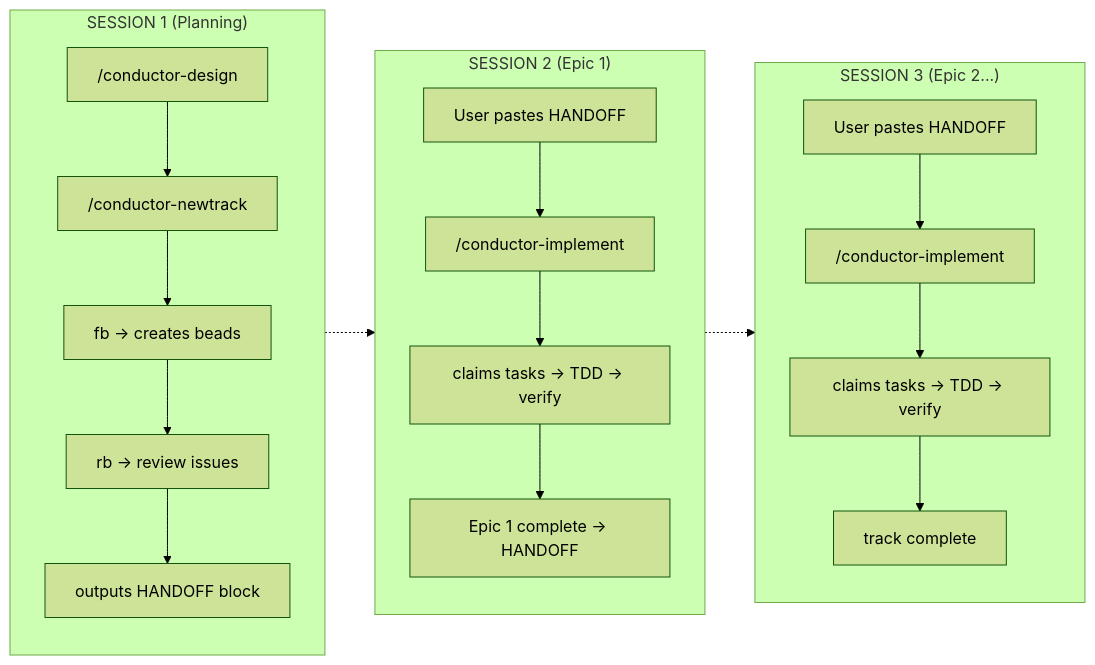
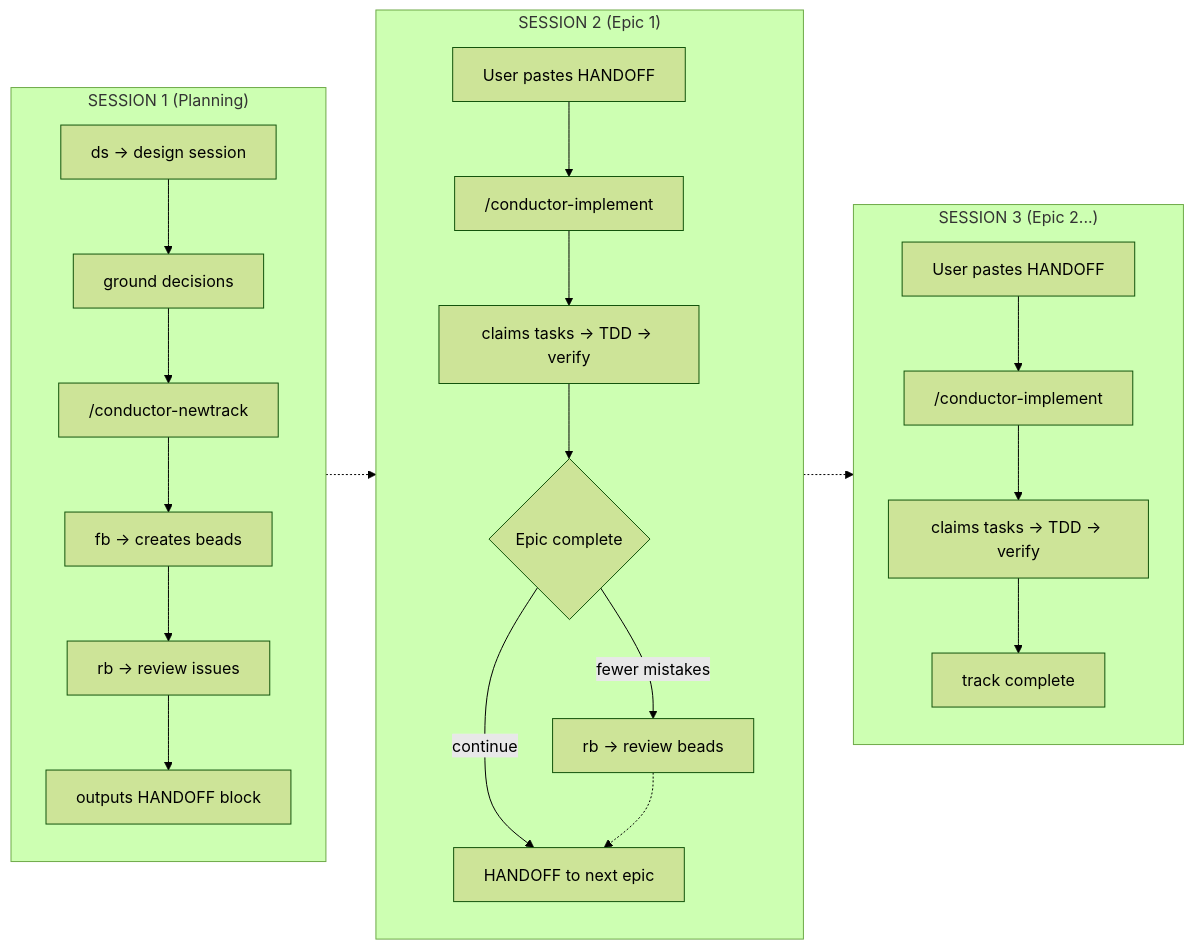
Before and after one commit to ReinaMacCredy/maestro: the diagram in README.md, drawn with Mermaid (forest theme). The commit also changed other lines of this file and 1 other file, not shown here.

Commit message:
docs: update README and TUTORIAL with new epic completion flow
- Update mermaid diagram to show ds → ground → newtrack flow
- Add user choice (rb vs handoff) after epic completion in diagram
- Add 'Epic Completion: Quality Gate' section explaining rb/handoff choice
- Add 'Epic Execution Flow' section to TUTORIAL with visual diagram
- Update Planning & Exploration table to include ds and /conductor-implement

Amp-Thread-ID: https://ampcode.com/threads/T-019b450a-1fde-70bf-ac5f-8df14dcb9fa4

````diff
--- a/README.md
+++ b/README.md
@@ -232,43 +232,50 @@
 ```mermaid
 flowchart LR
     subgraph SESSION1["SESSION 1 (Planning)"]
         direction TB
-        design["/conductor-design"]
+        design["ds → design session"]
+        ground["ground decisions"]
         newtrack["/conductor-newtrack"]
         fb["fb → creates beads"]
         rb1["rb → review issues"]
         handoff["outputs HANDOFF block"]
         
-        design --> newtrack
+        design --> ground
+        ground --> newtrack
         newtrack --> fb
         fb --> rb1
         rb1 --> handoff
     end
     
     subgraph SESSION2["SESSION 2 (Epic 1)"]
         direction TB
         paste["User pastes HANDOFF"]
         implement["/conductor-implement"]
         tdd["claims tasks → TDD → verify"]
-        epic1done["Epic 1 complete → HANDOFF"]
+        choice{"Epic complete"}
+        rb2["rb → review beads"]
+        handoff2["HANDOFF to next epic"]
         
         paste --> implement
         implement --> tdd
-        tdd --> epic1done
+        tdd --> choice
+        choice -->|"fewer mistakes"| rb2
+        choice -->|"continue"| handoff2
     end
     
     subgraph SESSION3["SESSION 3 (Epic 2...)"]
         direction TB
         paste2["User pastes HANDOFF"]
         implement2["/conductor-implement"]
         tdd2["claims tasks → TDD → verify"]
         complete["track complete"]
         
         paste2 --> implement2
         implement2 --> tdd2
         tdd2 --> complete
     end
     
     handoff -.-> paste
-    epic1done -.-> paste2
+    rb2 -.-> handoff2
+    handoff2 -.-> paste2
 ```
````
